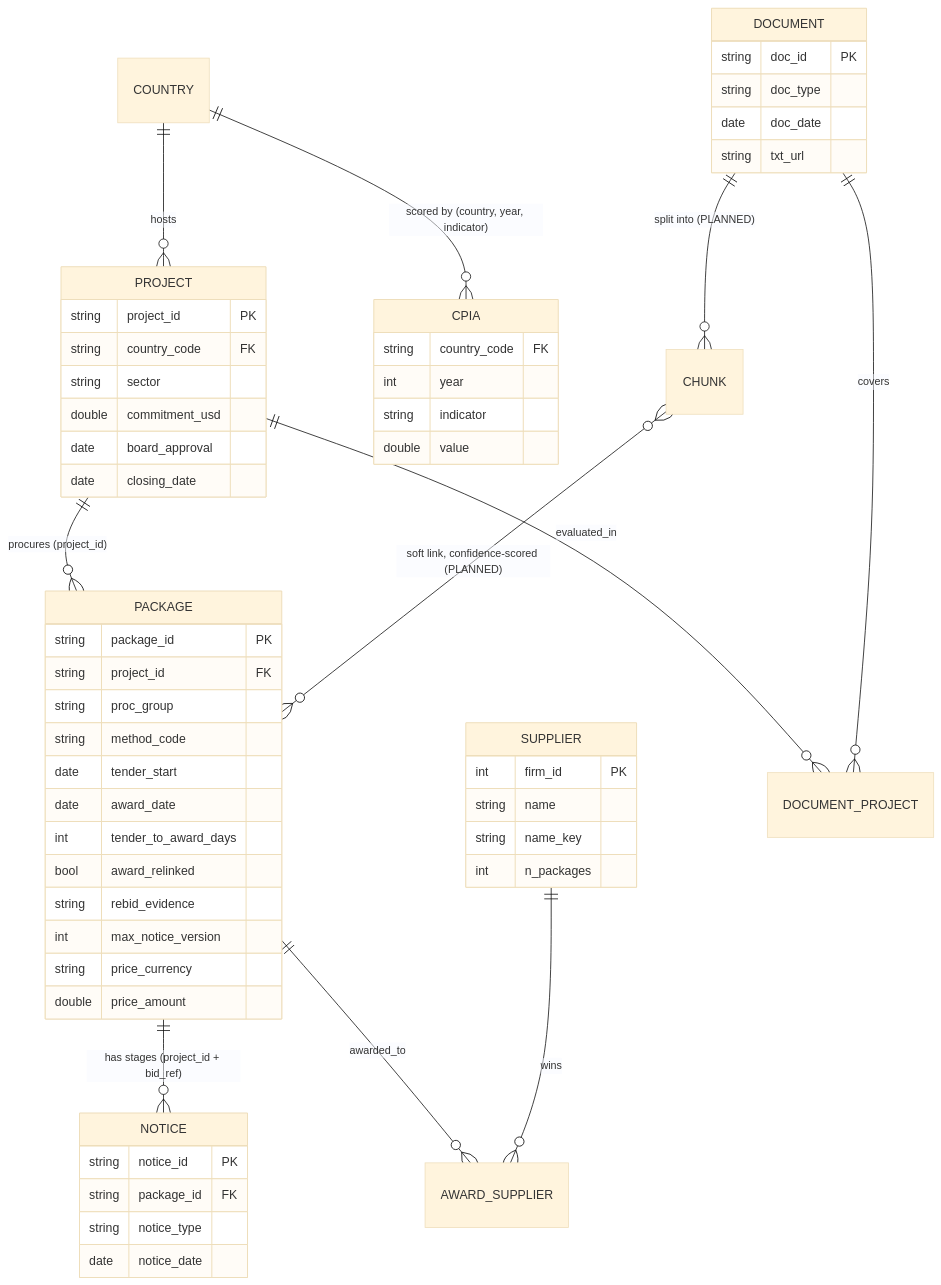
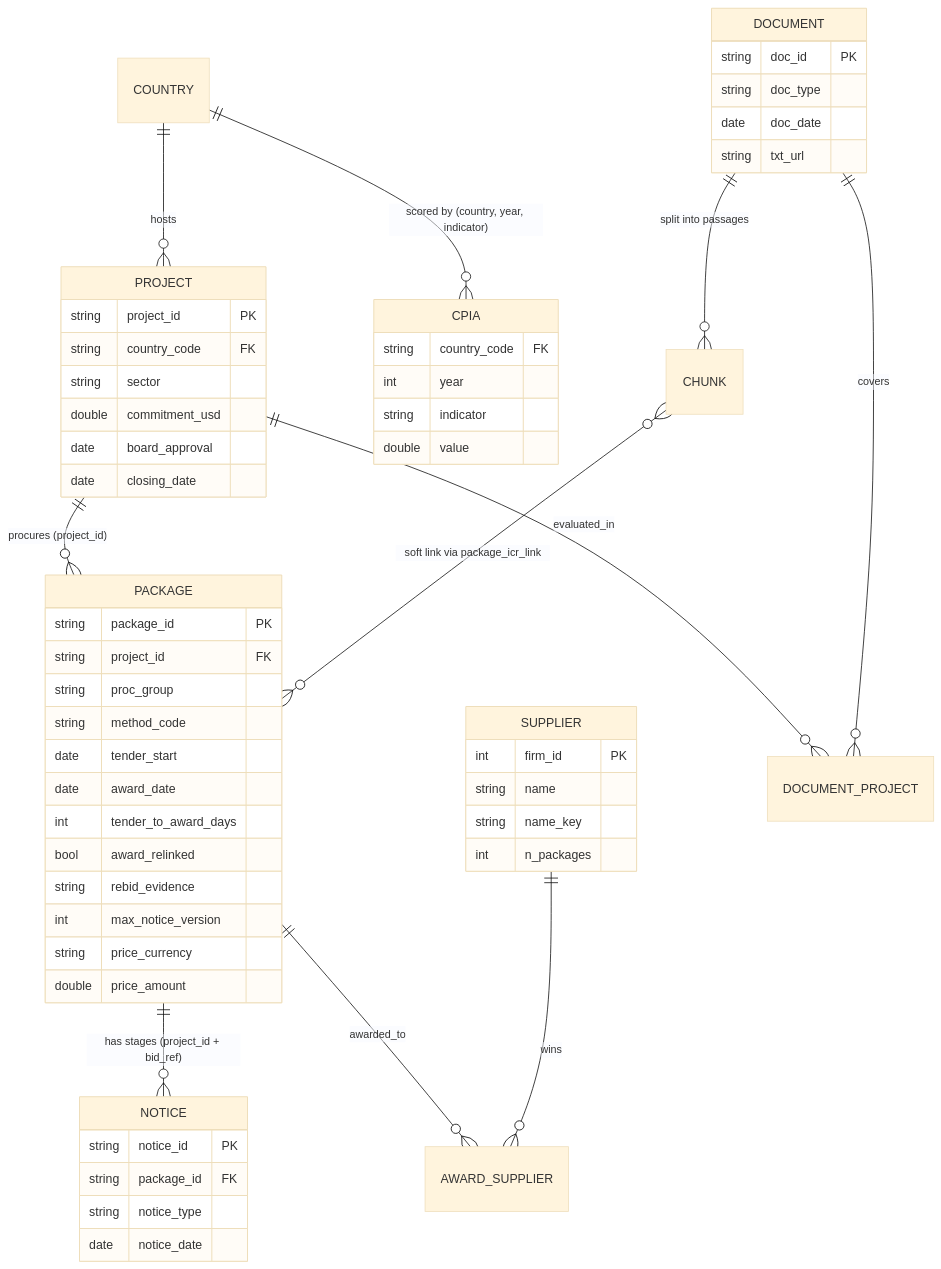
One commit to wcares/procurement-intelligence changed the diagram in docs/data-model.md. Above: the diagram before and after it, drawn with Mermaid (base theme). The commit also changed other lines of this file and 3 other files, not shown here.

````diff
--- a/docs/data-model.md
+++ b/docs/data-model.md
@@ -8,20 +9,20 @@
 ```mermaid
 erDiagram
     COUNTRY ||--o{ PROJECT : hosts
     COUNTRY ||--o{ CPIA : "scored by (country, year, indicator)"
     PROJECT ||--o{ PACKAGE : "procures (project_id)"
     PACKAGE ||--o{ NOTICE : "has stages (project_id + bid_ref)"
     PACKAGE ||--o{ AWARD_SUPPLIER : awarded_to
     SUPPLIER ||--o{ AWARD_SUPPLIER : wins
     PROJECT ||--o{ DOCUMENT_PROJECT : evaluated_in
     DOCUMENT ||--o{ DOCUMENT_PROJECT : covers
-    DOCUMENT ||--o{ CHUNK : "split into (PLANNED)"
-    CHUNK }o--o{ PACKAGE : "soft link, confidence-scored (PLANNED)"
+    DOCUMENT ||--o{ CHUNK : "split into passages"
+    CHUNK }o--o{ PACKAGE : "soft link via package_icr_link"
 
     PROJECT { string project_id PK  string country_code FK  string sector  double commitment_usd  date board_approval  date closing_date }
     PACKAGE { string package_id PK  string project_id FK  string proc_group  string method_code  date tender_start  date award_date  int tender_to_award_days  bool award_relinked  string rebid_evidence  int max_notice_version  string price_currency  double price_amount }
     NOTICE  { string notice_id PK  string package_id FK  string notice_type  date notice_date }
     SUPPLIER { int firm_id PK  string name  string name_key  int n_packages }
     DOCUMENT { string doc_id PK  string doc_type  date doc_date  string txt_url }
     CPIA { string country_code FK  int year  string indicator  double value }
 ```
````
